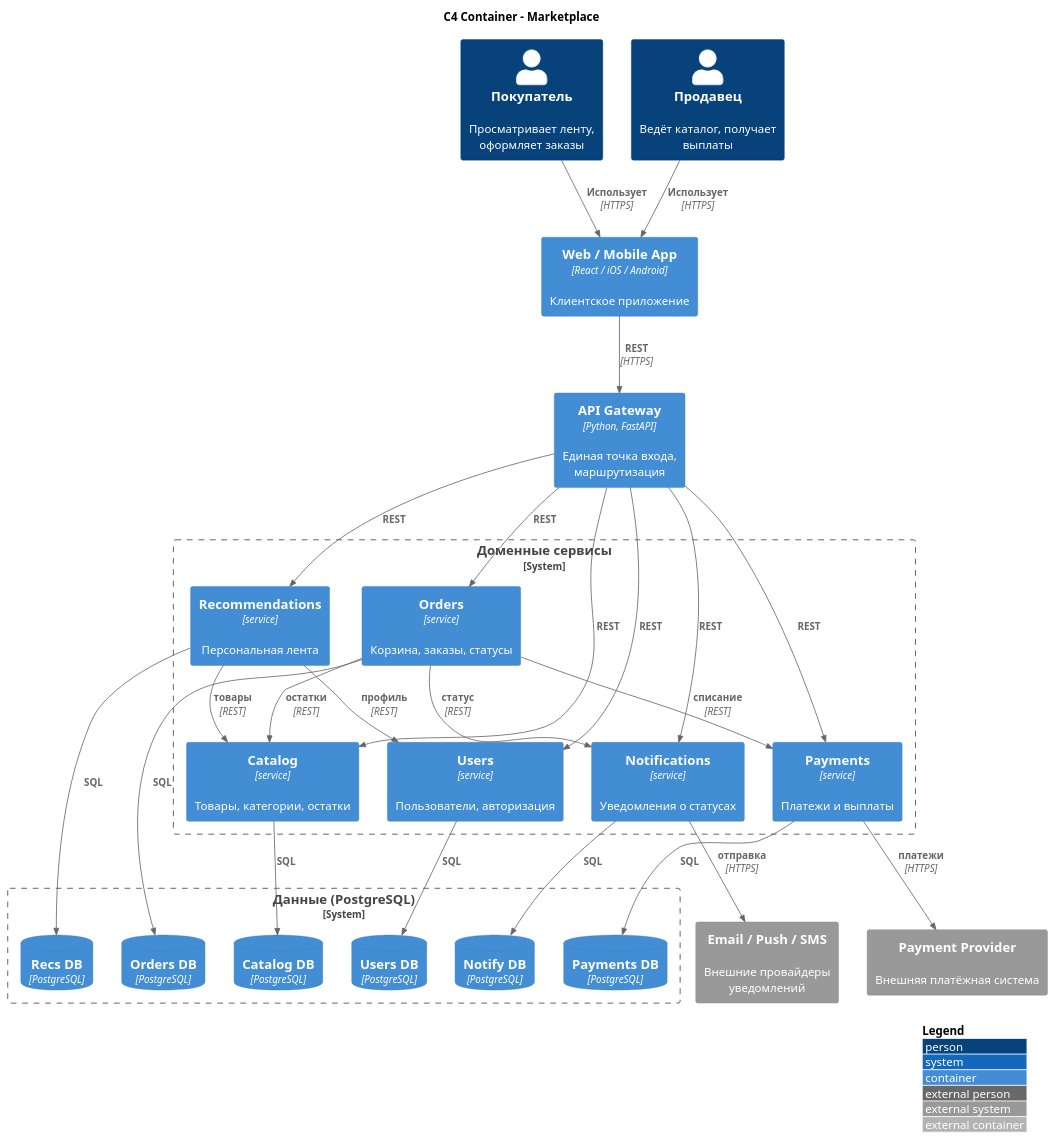
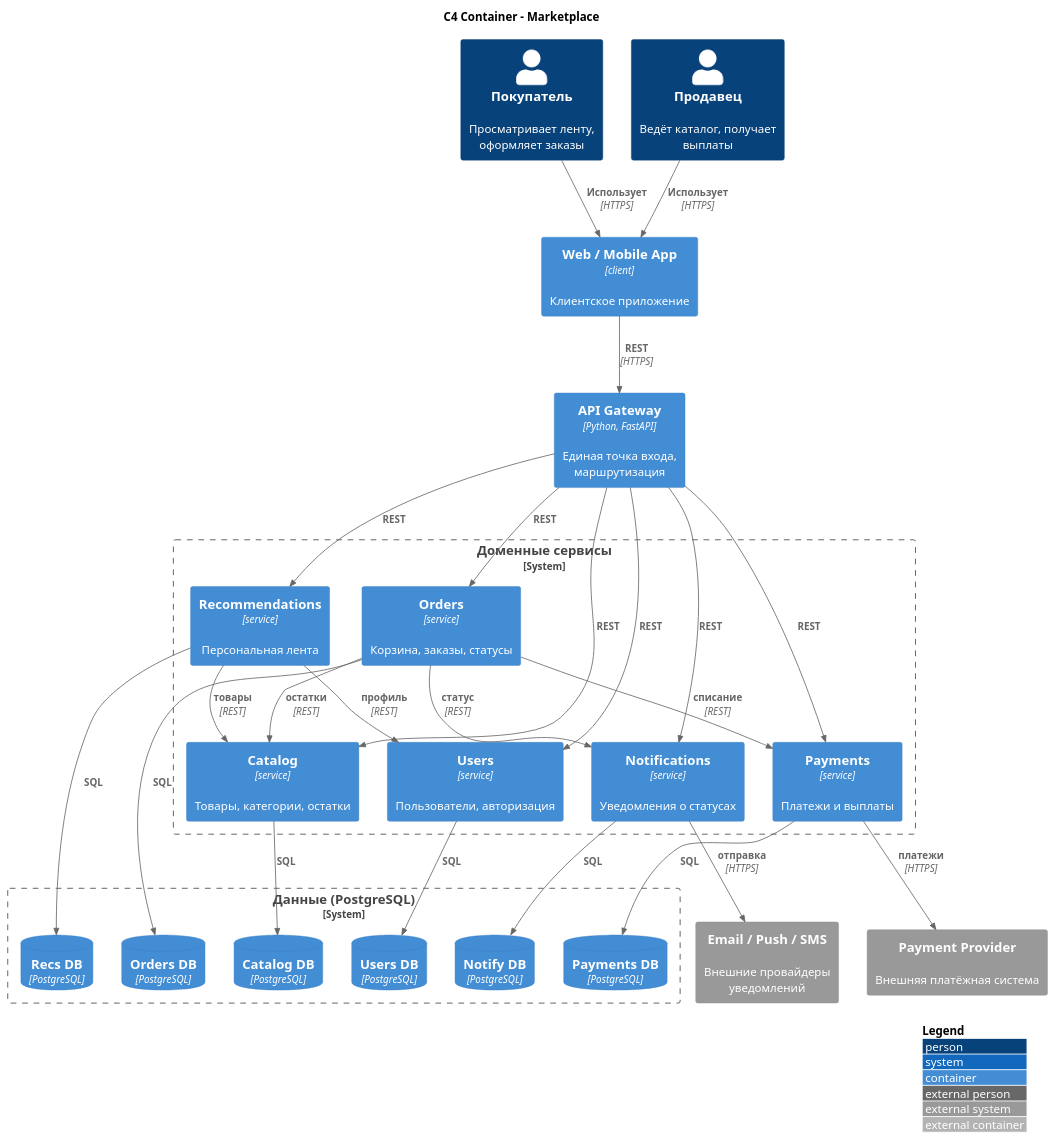
The diagram in diagrams/container.puml (DaryaAndryeva/hw-1-Marketplace), drawn with PlantUML before and after one commit. The commit also changed 1 other file, not shown here.

```diff
--- a/diagrams/container.puml
+++ b/diagrams/container.puml
@@ -1,62 +1,62 @@
 @startuml C4-Container-Marketplace
 !include https://raw.githubusercontent.com/plantuml-stdlib/C4-PlantUML/master/C4_Container.puml
 
 LAYOUT_TOP_DOWN()
 LAYOUT_WITH_LEGEND()
 title C4 Container - Marketplace
 
 Person(buyer, "Покупатель", "Просматривает ленту, оформляет заказы")
 Person(seller, "Продавец", "Ведёт каталог, получает выплаты")
 
-Container(web, "Web / Mobile App", "React / iOS / Android", "Клиентское приложение")
+Container(web, "Web / Mobile App", "client", "Клиентское приложение")
 Container(gw, "API Gateway", "Python, FastAPI", "Единая точка входа, маршрутизация")
 
 System_Boundary(domain, "Доменные сервисы") {
     Container(users, "Users", "service", "Пользователи, авторизация")
     Container(catalog, "Catalog", "service", "Товары, категории, остатки")
     Container(recs, "Recommendations", "service", "Персональная лента")
     Container(orders, "Orders", "service", "Корзина, заказы, статусы")
     Container(payments, "Payments", "service", "Платежи и выплаты")
     Container(notify, "Notifications", "service", "Уведомления о статусах")
 }
 
 System_Boundary(data, "Данные (PostgreSQL)") {
     ContainerDb(users_db, "Users DB", "PostgreSQL")
     ContainerDb(catalog_db, "Catalog DB", "PostgreSQL")
     ContainerDb(recs_db, "Recs DB", "PostgreSQL")
     ContainerDb(orders_db, "Orders DB", "PostgreSQL")
     ContainerDb(payments_db, "Payments DB", "PostgreSQL")
     ContainerDb(notify_db, "Notify DB", "PostgreSQL")
 }
 
 System_Ext(psp, "Payment Provider", "Внешняя платёжная система")
 System_Ext(channels, "Email / Push / SMS", "Внешние провайдеры уведомлений")
 
 Rel(buyer, web, "Использует", "HTTPS")
 Rel(seller, web, "Использует", "HTTPS")
 Rel(web, gw, "REST", "HTTPS")
 
 Rel(gw, users, "REST")
 Rel(gw, catalog, "REST")
 Rel(gw, recs, "REST")
 Rel(gw, orders, "REST")
 Rel(gw, payments, "REST")
 Rel(gw, notify, "REST")
 
 Rel(recs, users, "профиль", "REST")
 Rel(recs, catalog, "товары", "REST")
 Rel(orders, catalog, "остатки", "REST")
 Rel(orders, payments, "списание", "REST")
 Rel(orders, notify, "статус", "REST")
 
 Rel(users, users_db, "SQL")
 Rel(catalog, catalog_db, "SQL")
 Rel(recs, recs_db, "SQL")
 Rel(orders, orders_db, "SQL")
 Rel(payments, payments_db, "SQL")
 Rel(notify, notify_db, "SQL")
 
 Rel(payments, psp, "платежи", "HTTPS")
 Rel(notify, channels, "отправка", "HTTPS")
 
 @enduml
```
